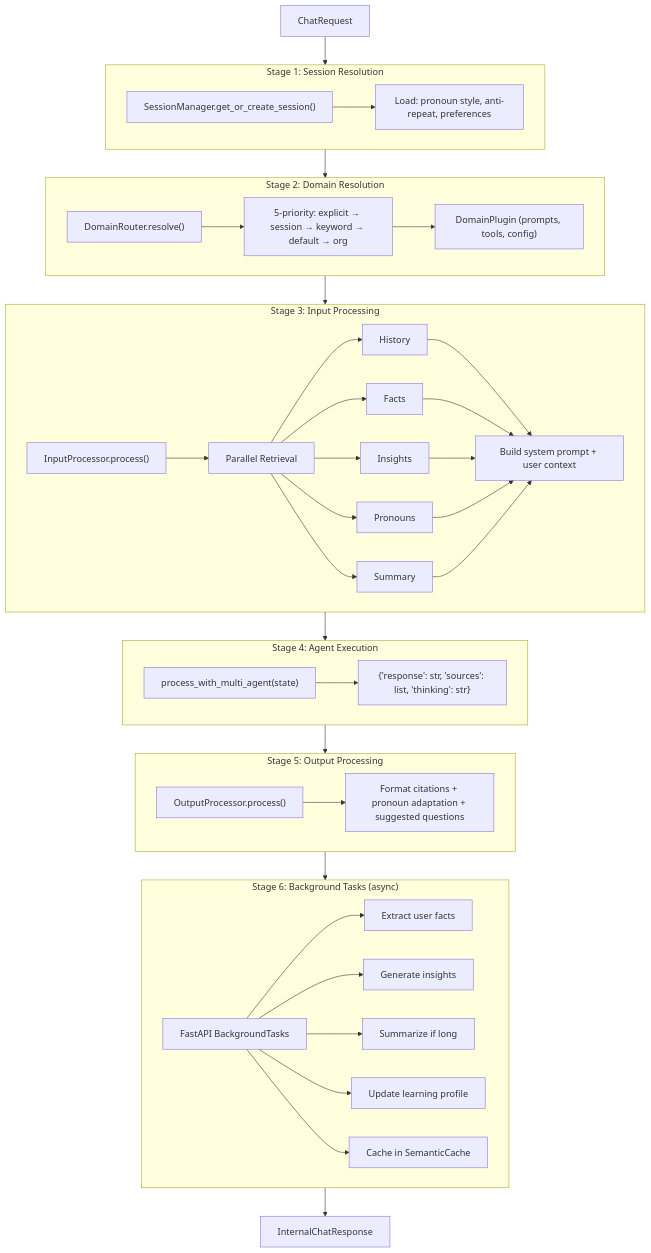
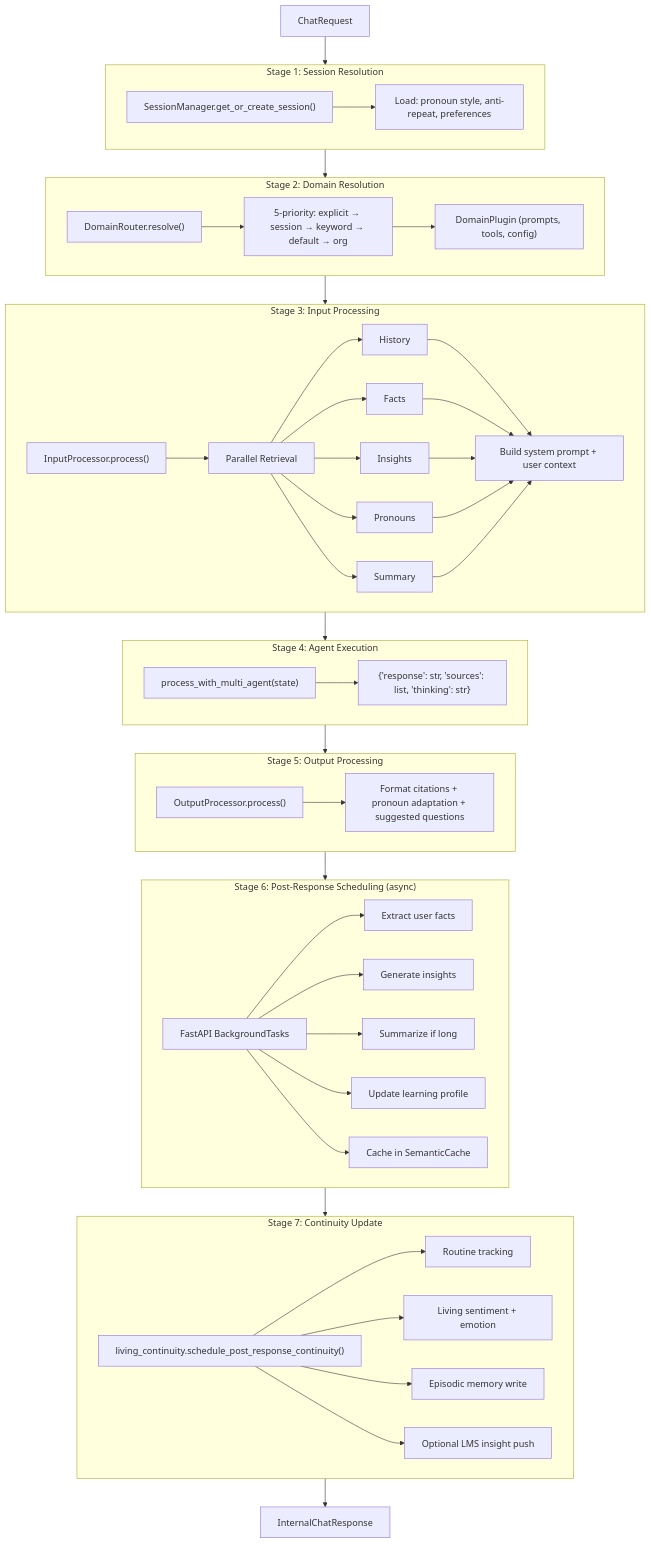
One commit to meiiie/wiii changed the third of 26 diagrams in maritime-ai-service/docs/architecture/SYSTEM_ARCHITECTURE.md. Above: the diagram before and after it, drawn with Mermaid. The commit also changed other lines of this file and 364 other files, not shown here.

````diff
--- a/maritime-ai-service/docs/architecture/SYSTEM_ARCHITECTURE.md
+++ b/maritime-ai-service/docs/architecture/SYSTEM_ARCHITECTURE.md
@@ -552,53 +554,63 @@
 ```mermaid
 flowchart TB
     REQ["ChatRequest"] --> S1
 
     subgraph S1["Stage 1: Session Resolution"]
         SM["SessionManager.get_or_create_session()"]
         SM --> STATE["Load: pronoun style, anti-repeat, preferences"]
     end
 
     S1 --> S2
 
     subgraph S2["Stage 2: Domain Resolution"]
         DR["DomainRouter.resolve()"]
         DR --> PRI["5-priority: explicit → session → keyword → default → org"]
         PRI --> PLUGIN["DomainPlugin (prompts, tools, config)"]
     end
 
     S2 --> S3
 
     subgraph S3["Stage 3: Input Processing"]
         IP["InputProcessor.process()"]
         IP --> PAR["Parallel Retrieval"]
         PAR --> H["History"] & F["Facts"] & I["Insights"] & P["Pronouns"] & SUM["Summary"]
         H & F & I & P & SUM --> CTX["Build system prompt + user context"]
     end
 
     S3 --> S4
 
     subgraph S4["Stage 4: Agent Execution"]
         GRAPH["process_with_multi_agent(state)"]
         GRAPH --> RESPONSE["{'response': str, 'sources': list, 'thinking': str}"]
     end
 
     S4 --> S5
 
     subgraph S5["Stage 5: Output Processing"]
         OP["OutputProcessor.process()"]
         OP --> FMT["Format citations + pronoun adaptation + suggested questions"]
     end
 
     S5 --> S6
 
-    subgraph S6["Stage 6: Background Tasks (async)"]
+    subgraph S6["Stage 6: Post-Response Scheduling (async)"]
         BG["FastAPI BackgroundTasks"]
         BG --> FACTS["Extract user facts"]
         BG --> INS["Generate insights"]
         BG --> SUMM["Summarize if long"]
         BG --> LPROF["Update learning profile"]
         BG --> SCACHE["Cache in SemanticCache"]
     end
 
-    S6 --> RESP["InternalChatResponse"]
+    S6 --> S7
+
+    subgraph S7["Stage 7: Continuity Update"]
+        CONT["living_continuity.schedule_post_response_continuity()"]
+        CONT --> ROUT["Routine tracking"]
+        CONT --> SENT["Living sentiment + emotion"]
+        CONT --> EPIS["Episodic memory write"]
+        CONT --> LMSI["Optional LMS insight push"]
+    end
+
+    S7 --> RESP["InternalChatResponse"]
 ```
````
